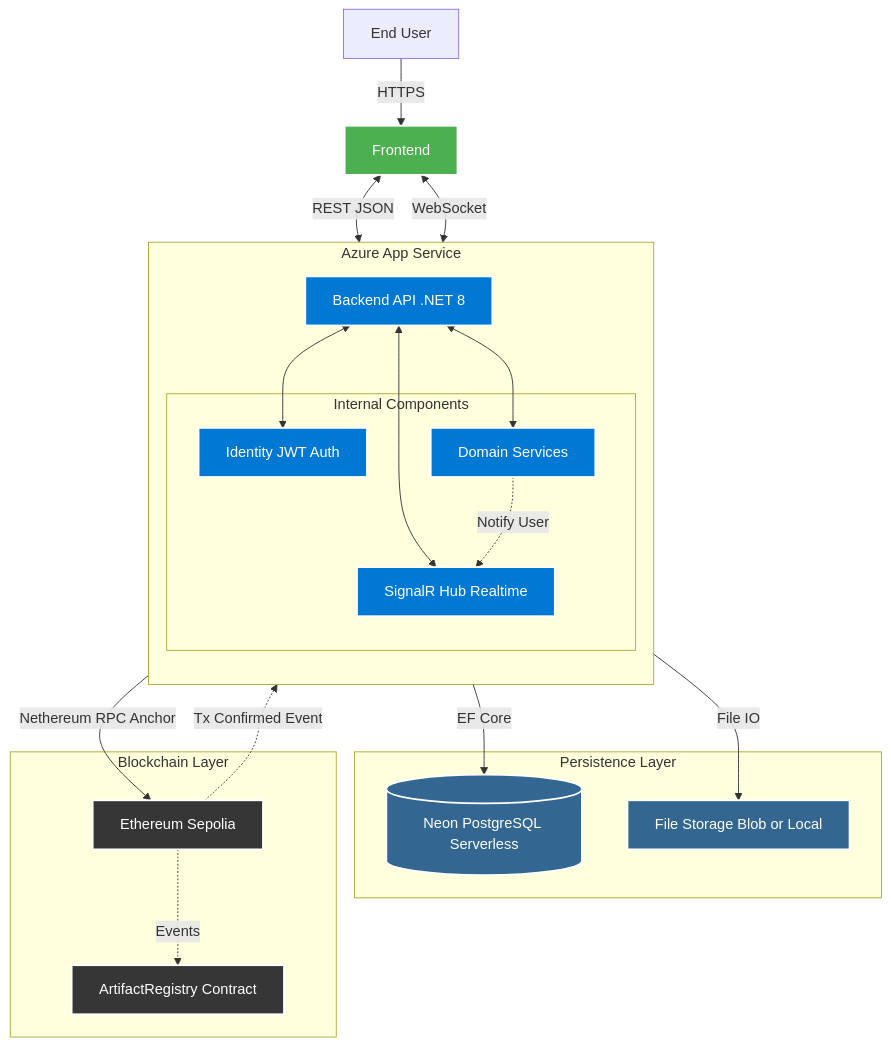
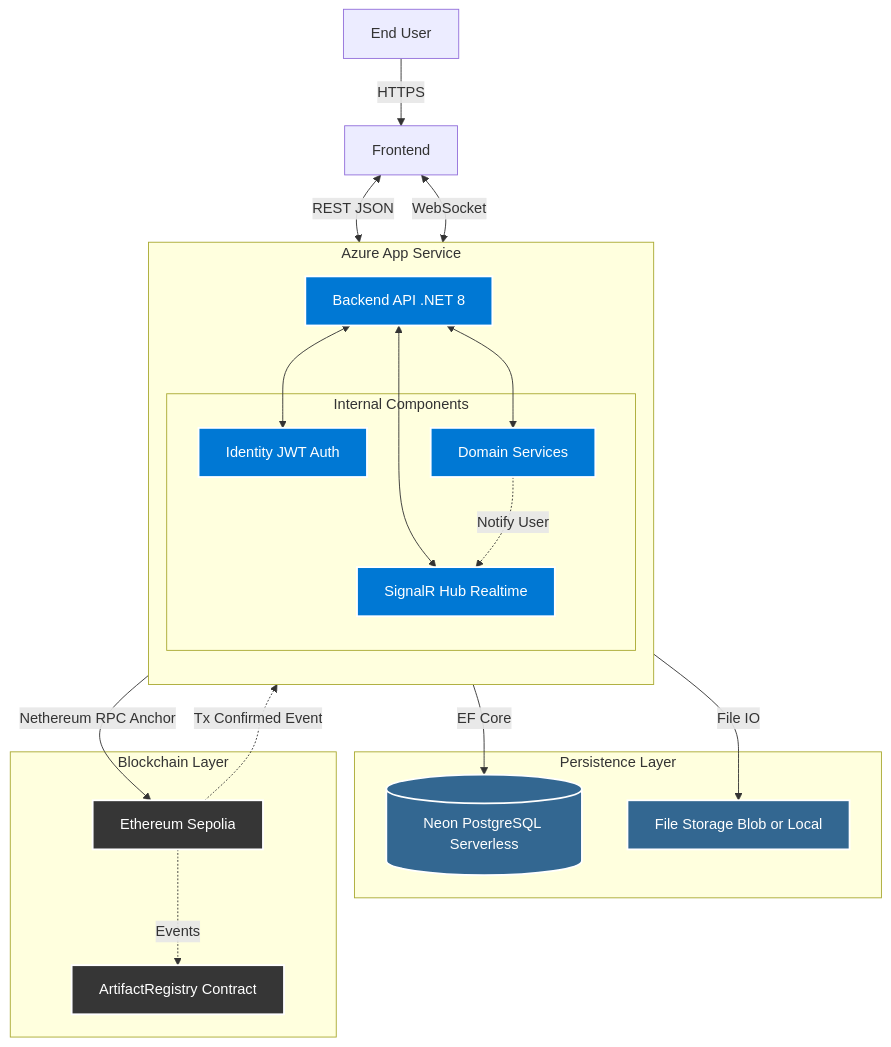
One commit to TianxingFan/SRN-Backend changed the first of 2 diagrams in README.md. Above: the diagram before and after it, drawn with Mermaid. The commit also changed other lines of this file, not shown here.

First line of the commit message:
Add sequence diagram to README

````diff
--- a/README.md
+++ b/README.md
@@ -56,56 +56,49 @@
 ```mermaid
 graph TD
-    %% 定义样式
     classDef azure fill:#0078D4,stroke:#fff,stroke-width:2px,color:#fff;
     classDef blockchain fill:#363636,stroke:#fff,stroke-width:2px,color:#fff;
     classDef db fill:#336791,stroke:#fff,stroke-width:2px,color:#fff;
-    classDef client fill:#4CAF50,stroke:#fff,stroke-width:2px,color:#fff;
 
-    %% 用户与客户端
     User[End User] -->|HTTPS| Client[Frontend]
     class Client client
 
-    %% Azure 云
     subgraph AzureCloud [Azure App Service]
         direction TB
         API[Backend API .NET 8]
         
         subgraph Internals [Internal Components]
             Auth[Identity JWT Auth]
             SignalR[SignalR Hub Realtime]
             BizLogic[Domain Services]
         end
         
         API <--> Auth
         API <--> BizLogic
         API <--> SignalR
     end
     class API,Auth,SignalR,BizLogic azure
 
-    %% 存储层
     subgraph Storage [Persistence Layer]
         DB[(Neon PostgreSQL Serverless)]
         FS[File Storage Blob or Local]
     end
     class DB,FS db
 
-    %% 区块链层
     subgraph Web3 [Blockchain Layer]
         EthNode[Ethereum Sepolia]
         SmartContract[ArtifactRegistry Contract]
     end
     class EthNode,SmartContract blockchain
 
-    %% 连接
     Client <-->|REST JSON| API
     Client <-->|WebSocket| SignalR
     
     BizLogic -->|EF Core| DB
     BizLogic -->|File IO| FS
     BizLogic -->|Nethereum RPC Anchor| EthNode
     
     EthNode -.->|Events| SmartContract
 
     EthNode -.->|Tx Confirmed Event| BizLogic
     BizLogic -.->|Notify User| SignalR
 ```
````
